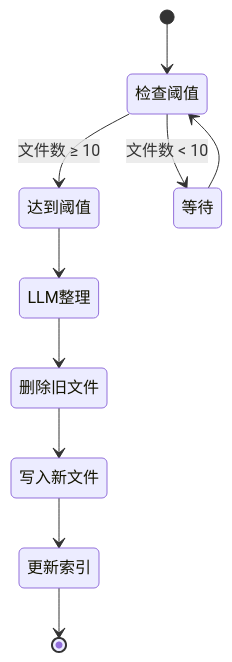
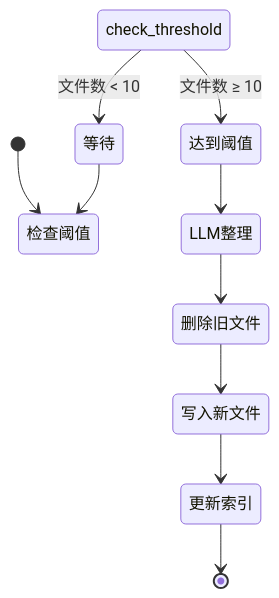
One commit to haolange/learn-claude-code changed the sixth of 8 diagrams in .qoder/repowiki/zh/content/持久化系统/记忆系统.md. Above: the diagram before and after it, drawn with Mermaid. The commit also changed other lines of this file and 1 other file, not shown here.

````diff
--- a/.qoder/repowiki/zh/content/持久化系统/记忆系统.md
+++ b/.qoder/repowiki/zh/content/持久化系统/记忆系统.md
@@ -320,12 +323,12 @@
 ```mermaid
 stateDiagram-v2
 [*] --> 检查阈值
-检查阈值 --> 达到阈值 : 文件数 ≥ 10
-检查阈值 --> 等待 : 文件数 < 10
+check_threshold --> 达到阈值 : 文件数 ≥ 10
+check_threshold --> 等待 : 文件数 < 10
 达到阈值 --> LLM整理
 LLM整理 --> 删除旧文件
 删除旧文件 --> 写入新文件
 写入新文件 --> 更新索引
 更新索引 --> [*]
 等待 --> 检查阈值
 ```
````
